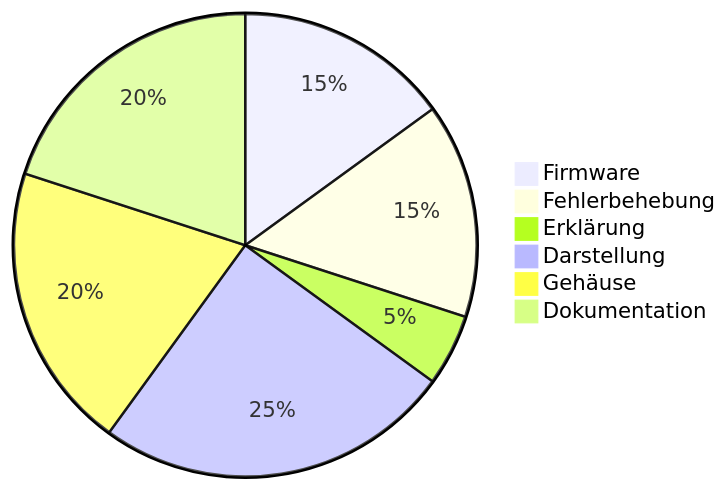
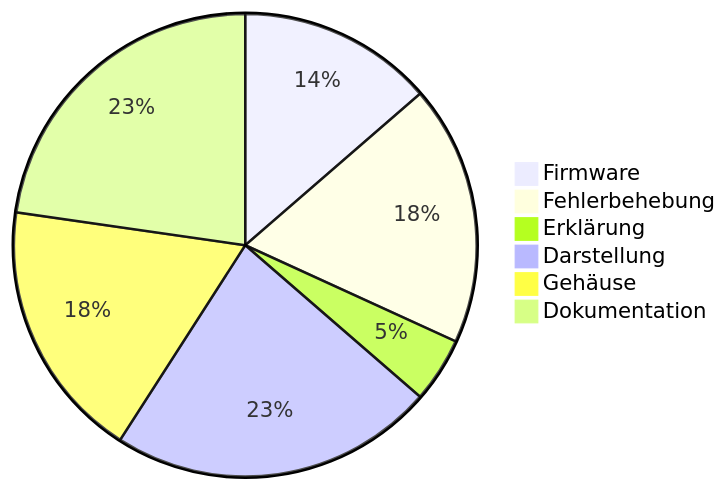
One commit to BBZ-AIFS51/LF7-Projekt_GAS changed the third of 3 diagrams in wiki/Entwicklungsverlauf.md. Above: the diagram before and after it, drawn with Mermaid. The commit also changed other lines of this file and 13 other files, not shown here.

First line of the commit message:
Stronger sensor screw posts, battery on VIN in the schematic

````diff
--- a/wiki/Entwicklungsverlauf.md
+++ b/wiki/Entwicklungsverlauf.md
@@ -130,9 +136,9 @@
 ```mermaid
 pie
     "Firmware" : 3
-    "Fehlerbehebung" : 3
+    "Fehlerbehebung" : 4
     "Erklärung" : 1
     "Darstellung" : 5
     "Gehäuse" : 4
-    "Dokumentation" : 4
+    "Dokumentation" : 5
 ```
````
